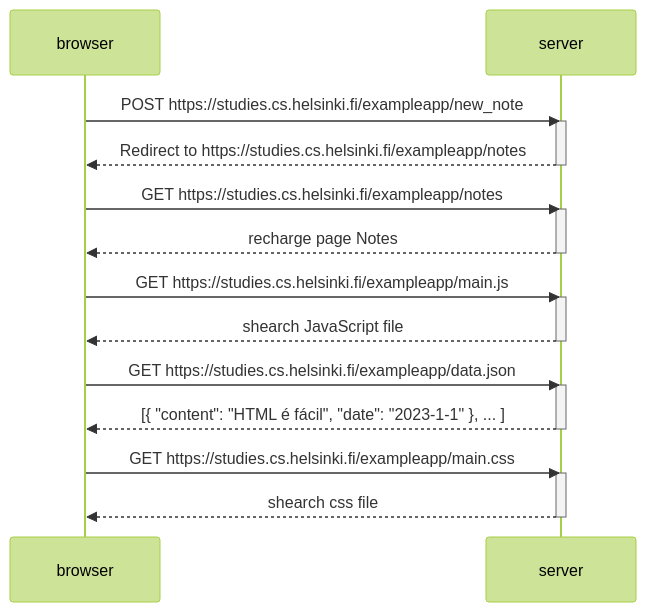
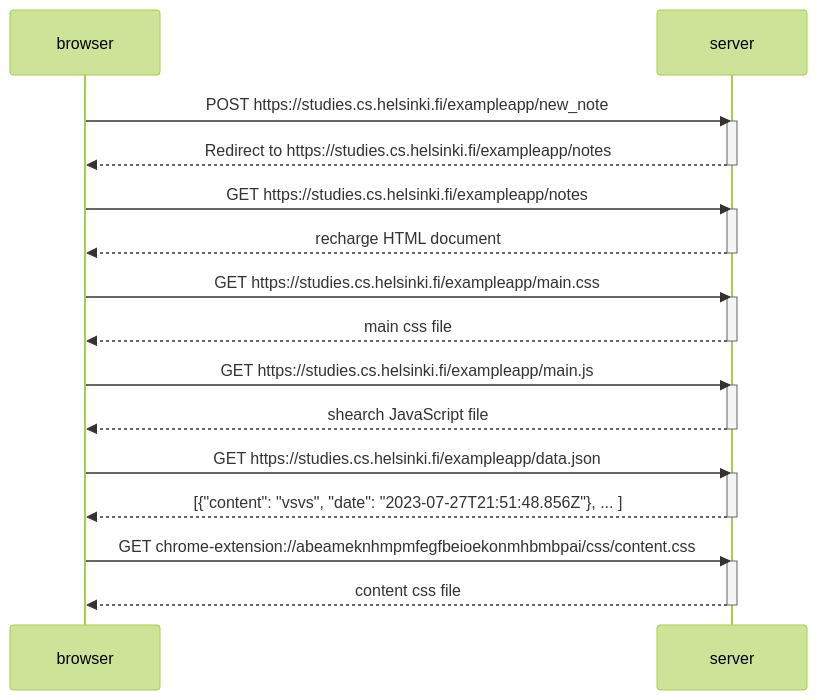
One commit to Lucas-b-o/Part-0 changed the diagram in .markdown. Above: the diagram before and after it, drawn with Mermaid (forest theme).

Commit message:
Update .markdown

````diff
--- a/.markdown
+++ b/.markdown
@@ -1,30 +1,35 @@
 ```mermaid
 sequenceDiagram
     participant browser
     participant server
 
     browser->>server: POST https://studies.cs.helsinki.fi/exampleapp/new_note
     activate server
     server-->>browser: Redirect to https://studies.cs.helsinki.fi/exampleapp/notes
     deactivate server
 
     browser->>server: GET https://studies.cs.helsinki.fi/exampleapp/notes
     activate server
-    server-->>browser: recharge page Notes
+    server-->>browser: recharge HTML document
+    deactivate server
+
+    browser->>server: GET https://studies.cs.helsinki.fi/exampleapp/main.css
+    activate server
+    server-->>browser: main css file
     deactivate server
 
     browser->>server: GET https://studies.cs.helsinki.fi/exampleapp/main.js
     activate server
     server-->>browser: shearch JavaScript file
     deactivate server
 
     browser->>server: GET https://studies.cs.helsinki.fi/exampleapp/data.json
     activate server
-    server-->>browser: [{ "content": "HTML é fácil", "date": "2023-1-1" }, ... ]
+    server-->>browser: [{"content": "vsvs", "date": "2023-07-27T21:51:48.856Z"}, ... ]
     deactivate server
 
-    browser->>server: GET https://studies.cs.helsinki.fi/exampleapp/main.css
+    browser->>server: GET chrome-extension://abeameknhmpmfegfbeioekonmhbmbpai/css/content.css
     activate server
-    server-->>browser: shearch css file
+    server-->>browser: content css file
     deactivate server
 ```
````
